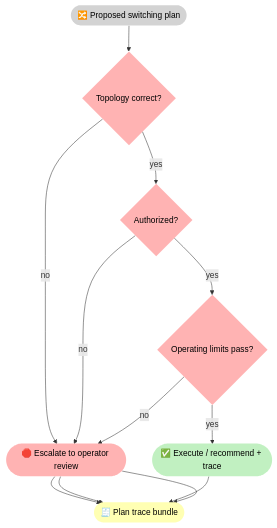
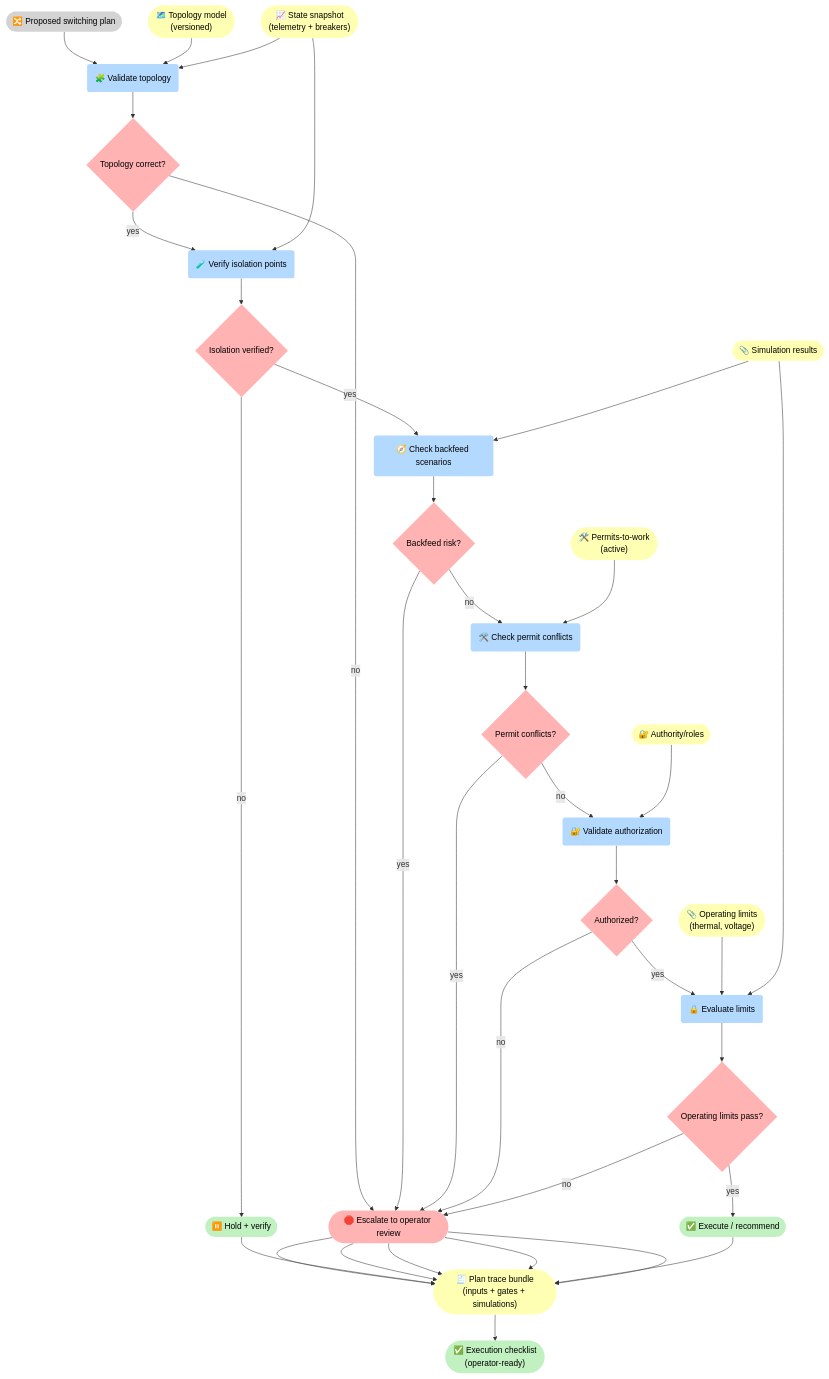
One commit to 5Reasons/5reasons.github.io changed the third of 3 diagrams in docs/case-studies/energy-utilities.md. Above: the diagram before and after it, drawn with Mermaid. The commit also changed other lines of this file and 8 other files, not shown here.

First line of the commit message:
Enhance case studies with detailed flowcharts and explicit gates

````diff
--- a/docs/case-studies/energy-utilities.md
+++ b/docs/case-studies/energy-utilities.md
@@ -125,27 +186,79 @@
 ```mermaid
 flowchart TB
 %% Styles (brModel Standard)
 classDef i fill:#D3D3D3,stroke-width:0px,color:#000;
 classDef p fill:#B3D9FF,stroke-width:0px,color:#000;
 classDef r fill:#FFFFB3,stroke-width:0px,color:#000;
 classDef o fill:#C1F0C1,stroke-width:0px,color:#000;
 classDef s fill:#FFB3B3,stroke-width:0px,color:#000;
 
-I_Plan(["🔀 Proposed switching plan"]):::i
+I_Plan(["🔀 Proposed switching plan" ]):::i
+R_Topo(["🗺️ Topology model<br>(versioned)" ]):::r
+R_State(["📈 State snapshot<br>(telemetry + breakers)" ]):::r
+R_PTW(["🛠️ Permits-to-work<br>(active)" ]):::r
+R_Lim(["📎 Operating limits<br>(thermal, voltage)" ]):::r
+R_Auth(["🔐 Authority/roles" ]):::r
+R_Sim(["📎 Simulation results" ]):::r
+
+P_Topo("🧩 Validate topology"):::p
 G_Topo{"Topology correct?"}:::s
+
+P_Iso("🧪 Verify isolation points"):::p
+G_Iso{"Isolation verified?"}:::s
+
+P_BF("🧭 Check backfeed scenarios"):::p
+G_BF{"Backfeed risk?"}:::s
+
+P_PTW("🛠️ Check permit conflicts"):::p
+G_PTW{"Permit conflicts?"}:::s
+
+P_Auth("🔐 Validate authorization"):::p
 G_Auth{"Authorized?"}:::s
+
+P_Lim("🔒 Evaluate limits"):::p
 G_Lim{"Operating limits pass?"}:::s
-O_Do(["✅ Execute / recommend + trace"]):::o
-S_Esc(["🛑 Escalate to operator review"]):::s
-R_Tr(["🧾 Plan trace bundle"]):::r
 
-I_Plan --> G_Topo
+O_Do(["✅ Execute / recommend" ]):::o
+O_Hold(["⏸️ Hold + verify" ]):::o
+S_Esc(["🛑 Escalate to operator review" ]):::s
+R_Tr(["🧾 Plan trace bundle<br>(inputs + gates + simulations)" ]):::r
+O_Check(["✅ Execution checklist<br>(operator-ready)" ]):::o
+
+I_Plan --> P_Topo
+R_Topo --> P_Topo
+R_State --> P_Topo
+P_Topo --> G_Topo
 G_Topo -->|"no"| S_Esc --> R_Tr
-G_Topo -->|"yes"| G_Auth
+G_Topo -->|"yes"| P_Iso
+
+R_State --> P_Iso
+P_Iso --> G_Iso
+
+G_Iso -->|"no"| O_Hold --> R_Tr
+G_Iso -->|"yes"| P_BF
+
+R_Sim --> P_BF
+P_BF --> G_BF
+
+G_BF -->|"yes"| S_Esc --> R_Tr
+G_BF -->|"no"| P_PTW
+
+R_PTW --> P_PTW
+P_PTW --> G_PTW
+
+G_PTW -->|"yes"| S_Esc --> R_Tr
+G_PTW -->|"no"| P_Auth
+
+R_Auth --> P_Auth
+P_Auth --> G_Auth
 
 G_Auth -->|"no"| S_Esc --> R_Tr
-G_Auth -->|"yes"| G_Lim
+G_Auth -->|"yes"| P_Lim
 
-G_Lim -->|"yes"| O_Do --> R_Tr
+R_Lim --> P_Lim
+R_Sim --> P_Lim
+P_Lim --> G_Lim
+
+G_Lim -->|"yes"| O_Do --> R_Tr --> O_Check
 G_Lim -->|"no"| S_Esc --> R_Tr
 ```
````
